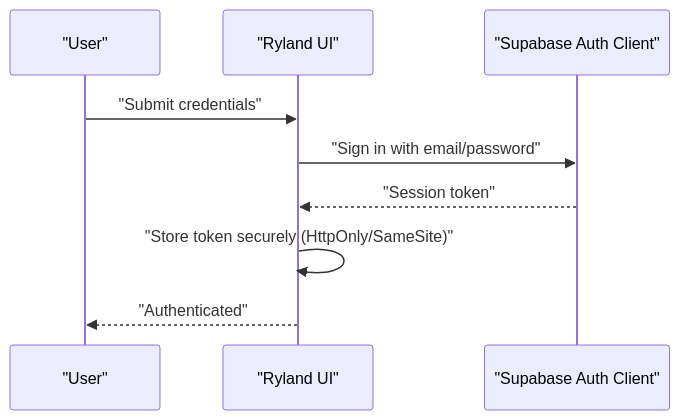
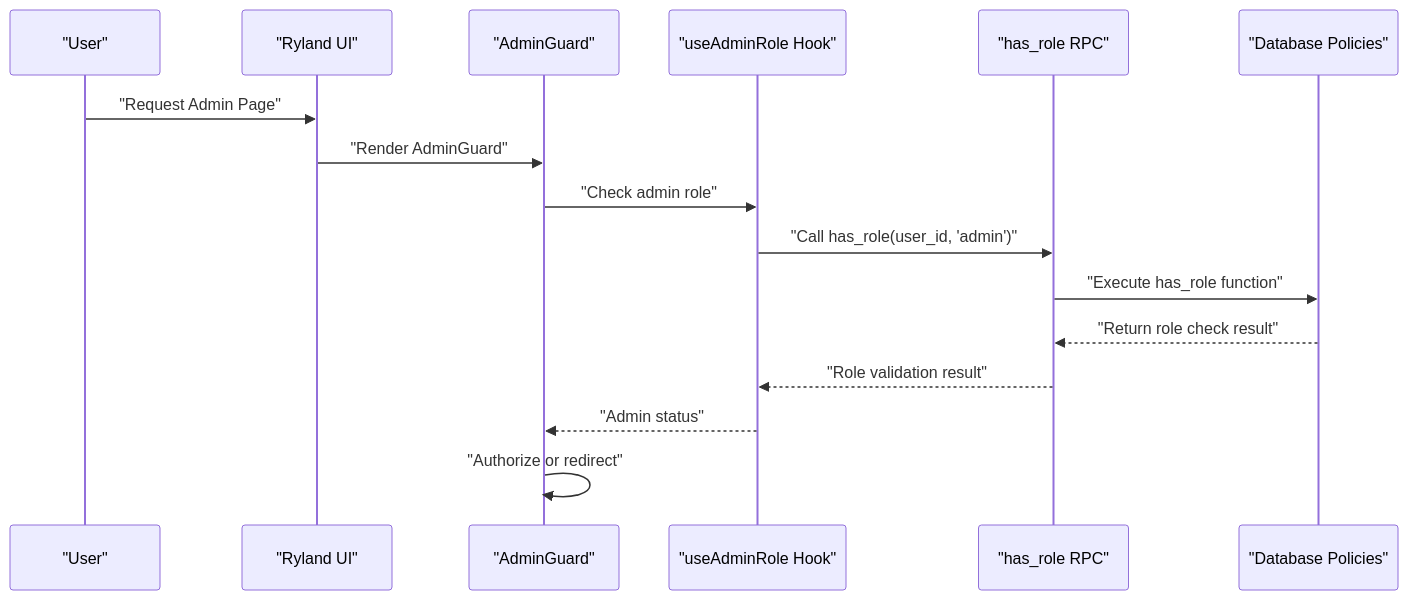
Before and after one commit to Hawky1/ryland: the third of 4 diagrams in .qoder/repowiki/en/content/Security & Compliance.md, drawn with Mermaid. The commit also changed other lines of this file and 26 other files, not shown here.

Commit message:
Admin enhancements: useAdminRole retry logic, AdminLeadDetailDrawer, AdminAffiliateDetail page, sidebar updates

````diff
--- a/.qoder/repowiki/en/content/Security & Compliance.md
+++ b/.qoder/repowiki/en/content/Security & Compliance.md
@@ -126,11 +187,18 @@
 ```mermaid
 sequenceDiagram
 participant U as "User"
 participant UI as "Ryland UI"
-participant SB as "Supabase Auth Client"
-U->>UI : "Submit credentials"
-UI->>SB : "Sign in with email/password"
-SB-->>UI : "Session token"
-UI->>UI : "Store token securely (HttpOnly/SameSite)"
-UI-->>U : "Authenticated"
+participant AG as "AdminGuard"
+participant HAR as "useAdminRole Hook"
+participant RPC as "has_role RPC"
+participant DB as "Database Policies"
+U->>UI : "Request Admin Page"
+UI->>AG : "Render AdminGuard"
+AG->>HAR : "Check admin role"
+HAR->>RPC : "Call has_role(user_id, 'admin')"
+RPC->>DB : "Execute has_role function"
+DB-->>RPC : "Return role check result"
+RPC-->>HAR : "Role validation result"
+HAR-->>AG : "Admin status"
+AG->>AG : "Authorize or redirect"
 ```
````
